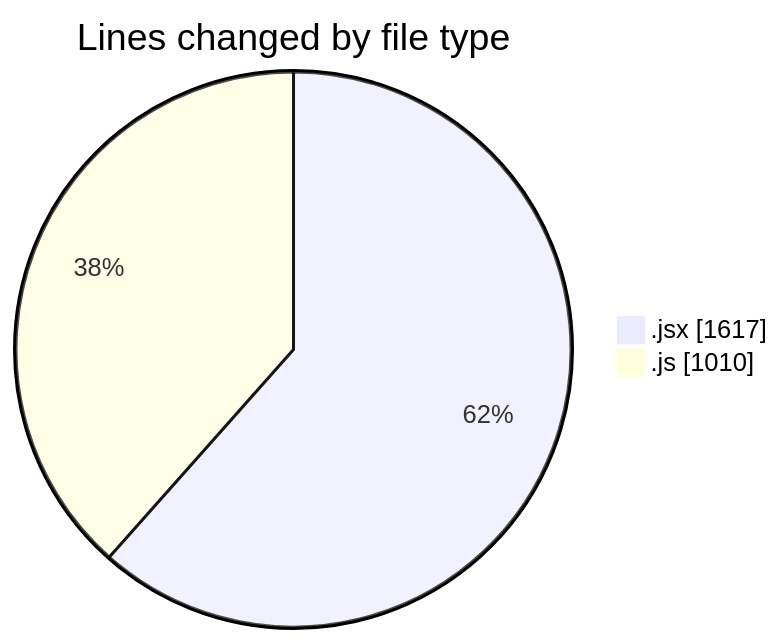
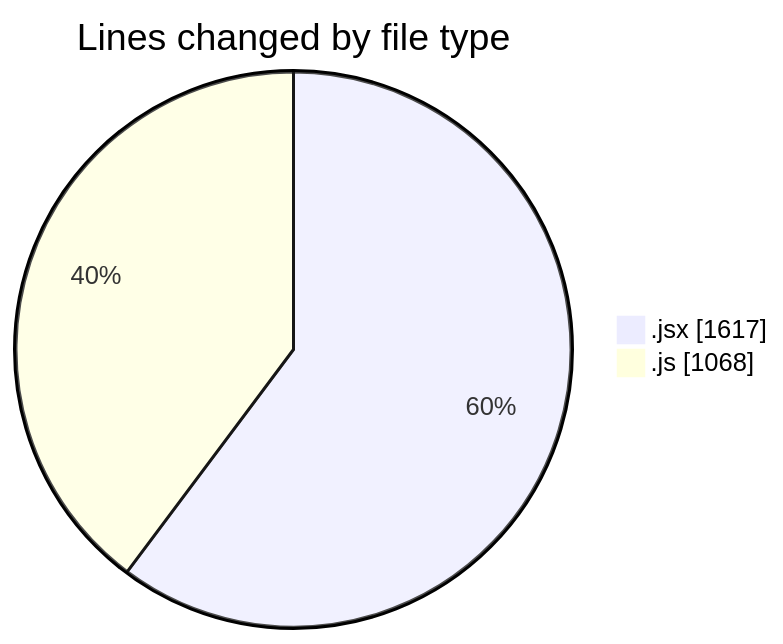
One commit to nxtqubesakshisongat/code-tracking changed the first of 2 diagrams in 2025-06-04/nxtqube_webapp/README.md. Above: the diagram before and after it, drawn with Mermaid. The commit also changed other lines of this file and 1 other file, not shown here.

````diff
--- a/2025-06-04/nxtqube_webapp/README.md
+++ b/2025-06-04/nxtqube_webapp/README.md
@@ -24,6 +25,6 @@
 ```mermaid
 pie showData
 title Lines changed by file type
 ".jsx" : 1617
-".js" : 1010
+".js" : 1068
 ```
````
